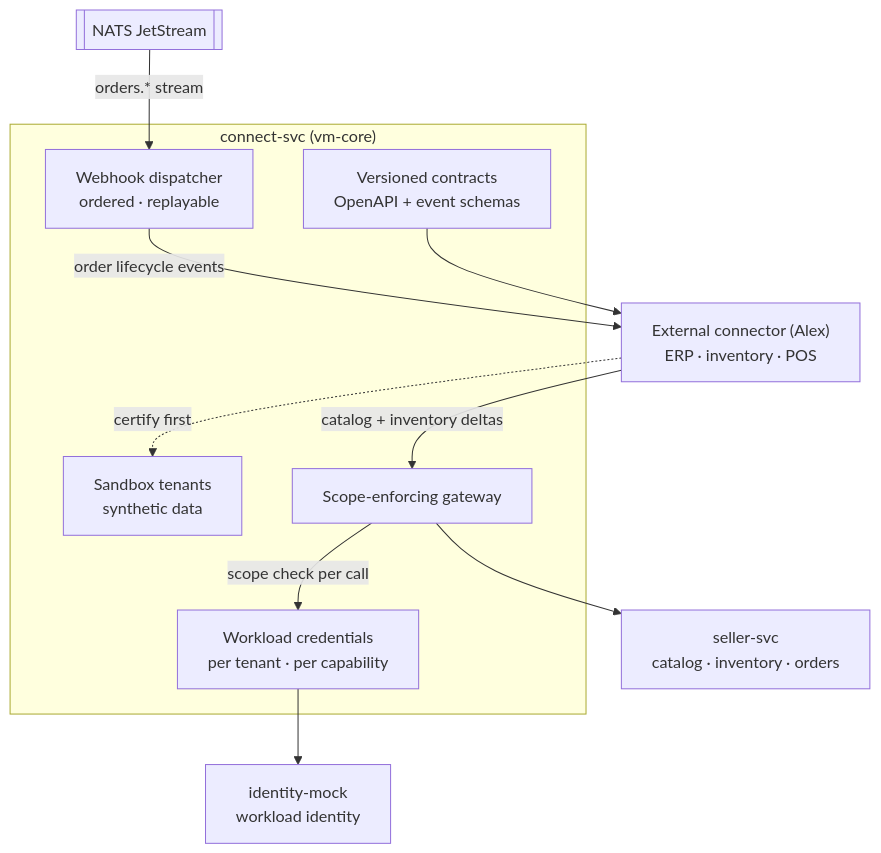
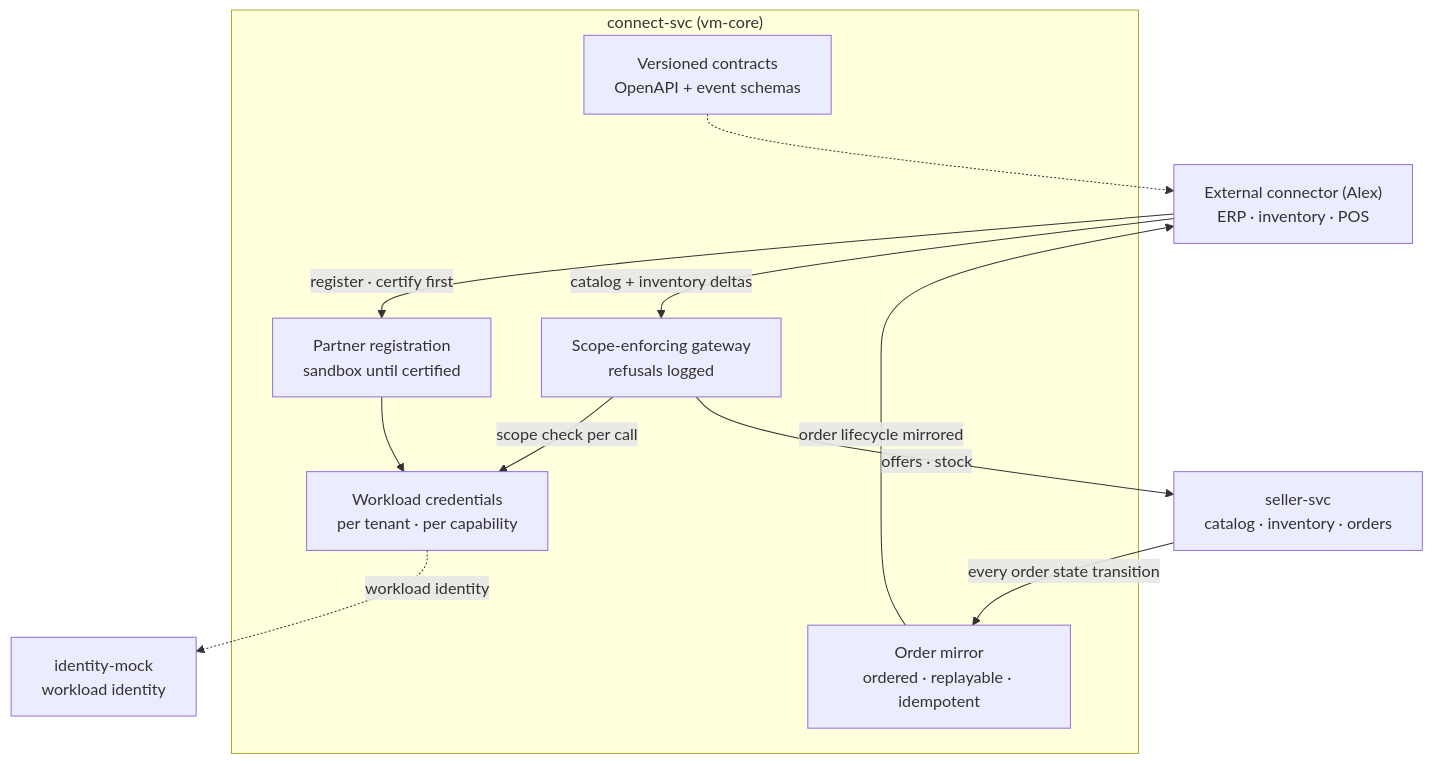
The diagram in plan/design/09-connect.md (alius-git/amisad.dev), drawn with Mermaid before and after one commit. The commit also changed other lines of this file and 19 other files, not shown here.

````diff
--- a/plan/design/09-connect.md
+++ b/plan/design/09-connect.md
@@ -7,23 +7,23 @@
 ```mermaid
 flowchart TD
     subgraph svc["connect-svc (vm-core)"]
         contracts["Versioned contracts<br/>OpenAPI + event schemas"]
-        sandbox["Sandbox tenants<br/>synthetic data"]
+        sandbox["Partner registration<br/>sandbox until certified"]
         credentials["Workload credentials<br/>per tenant · per capability"]
-        gateway["Scope-enforcing gateway"]
-        webhooks["Webhook dispatcher<br/>ordered · replayable"]
+        gateway["Scope-enforcing gateway<br/>refusals logged"]
+        webhooks["Order mirror<br/>ordered · replayable · idempotent"]
     end
     partner["External connector (Alex)<br/>ERP · inventory · POS"]
     identity["identity-mock<br/>workload identity"]
     seller["seller-svc<br/>catalog · inventory · orders"]
-    nats[["NATS JetStream"]]
 
+    partner -->|"register · certify first"| sandbox
+    sandbox --> credentials
     partner -->|"catalog + inventory deltas"| gateway
     gateway -->|"scope check per call"| credentials
-    credentials --> identity
-    gateway --> seller
-    nats -->|"orders.* stream"| webhooks
-    webhooks -->|"order lifecycle events"| partner
-    partner -.->|"certify first"| sandbox
-    contracts --> partner
+    credentials -.->|"workload identity"| identity
+    gateway -->|"offers · stock"| seller
+    seller -->|"every order state transition"| webhooks
+    webhooks -->|"order lifecycle mirrored"| partner
+    contracts -.-> partner
 ```
````
